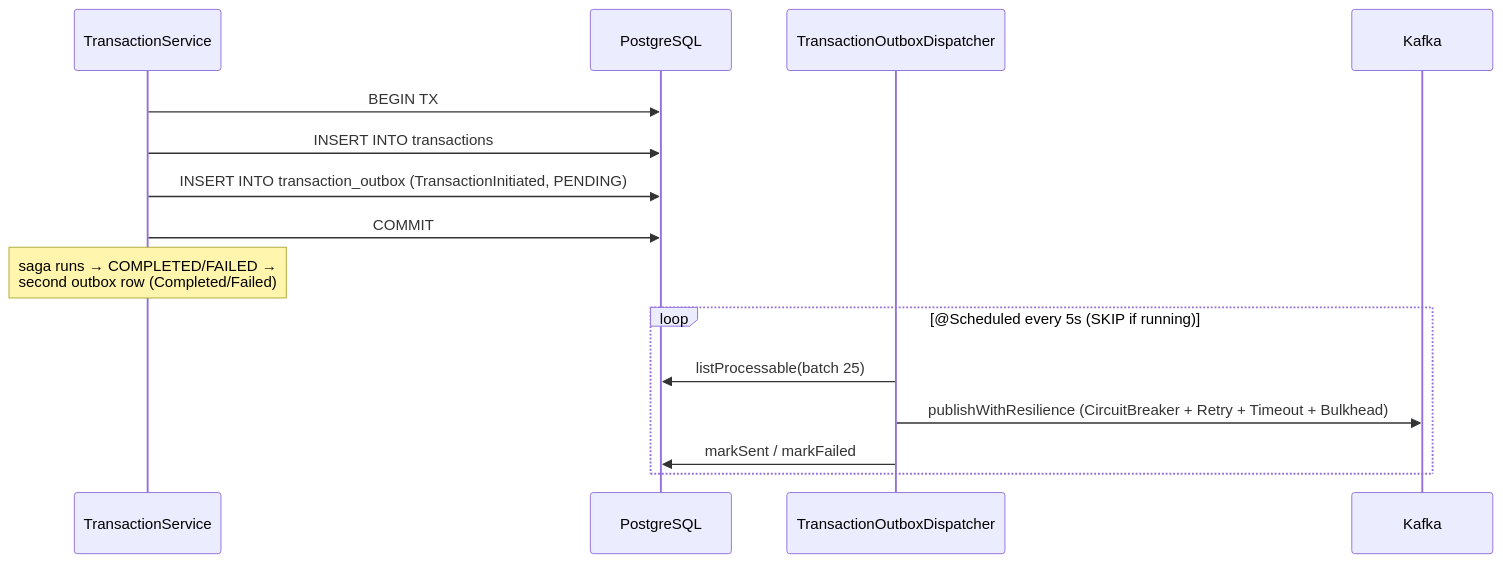
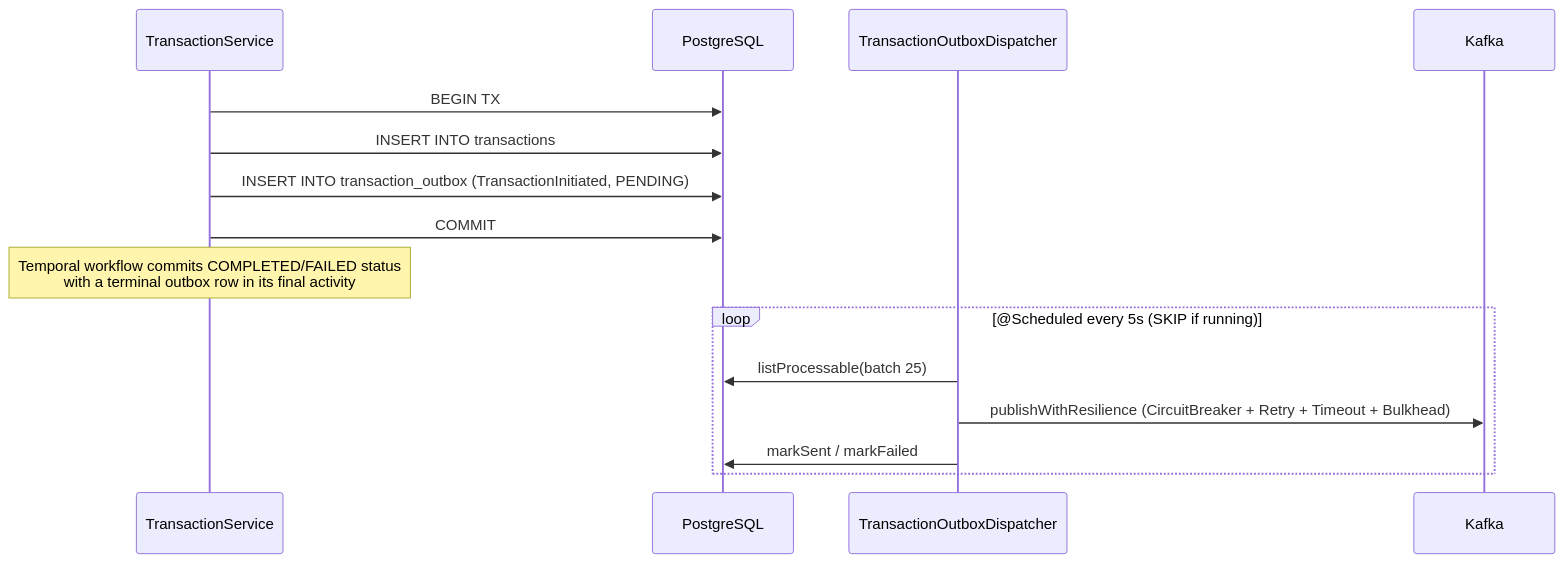
The fourth of 4 diagrams in openbank-transaction-service/src/main/resources/docs/02-architecture.en.md (JiRaska/open-bank-oss), drawn with Mermaid before and after one commit. The commit also changed other lines of this file and 1 other file, not shown here.

Commit message:
docs(transaction): describe Temporal payment workflow

````diff
--- a/openbank-transaction-service/src/main/resources/docs/02-architecture.en.md
+++ b/openbank-transaction-service/src/main/resources/docs/02-architecture.en.md
@@ -130,19 +144,19 @@
 ```mermaid
 sequenceDiagram
   participant TS as TransactionService
   participant DB as PostgreSQL
   participant D as TransactionOutboxDispatcher
   participant K as Kafka
 
   TS->>DB: BEGIN TX
   TS->>DB: INSERT INTO transactions
   TS->>DB: INSERT INTO transaction_outbox (TransactionInitiated, PENDING)
   TS->>DB: COMMIT
-  Note over TS: saga runs → COMPLETED/FAILED →<br/>second outbox row (Completed/Failed)
+  Note over TS: Temporal workflow commits COMPLETED/FAILED status<br/>with a terminal outbox row in its final activity
 
   loop @Scheduled every 5s (SKIP if running)
     D->>DB: listProcessable(batch 25)
     D->>K: publishWithResilience (CircuitBreaker + Retry + Timeout + Bulkhead)
     D->>DB: markSent / markFailed
   end
 ```
````
